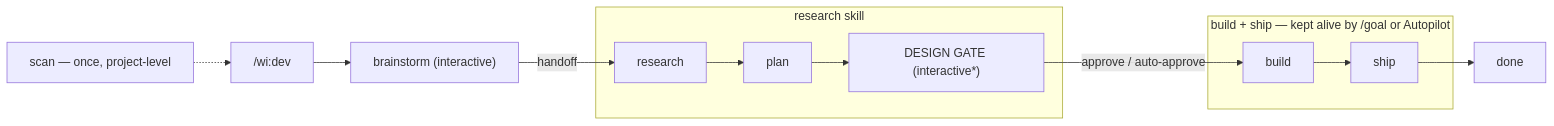
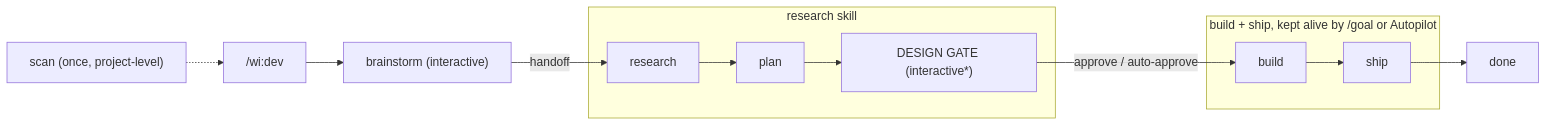
One commit to Wittenberger-Industries/wi-plugin changed the diagram in references/workflow.md. Above: the diagram before and after it, drawn with Mermaid. The commit also changed other lines of this file and 49 other files, not shown here.

````diff
--- a/references/workflow.md
+++ b/references/workflow.md
@@ -18,14 +18,14 @@
 ```mermaid
 flowchart LR
-  scan["scan — once, project-level"] -.-> dev["/wi:dev"]
+  scan["scan (once, project-level)"] -.-> dev["/wi:dev"]
   dev --> bstorm["brainstorm (interactive)"]
   bstorm -- "handoff" --> research
   subgraph rskill["research skill"]
     research --> plan --> gate["DESIGN GATE (interactive*)"]
   end
   gate -- "approve / auto-approve" --> build
-  subgraph keepalive["build + ship — kept alive by /goal or Autopilot"]
+  subgraph keepalive["build + ship, kept alive by /goal or Autopilot"]
     build --> ship
   end
   ship --> done
 ```
````
